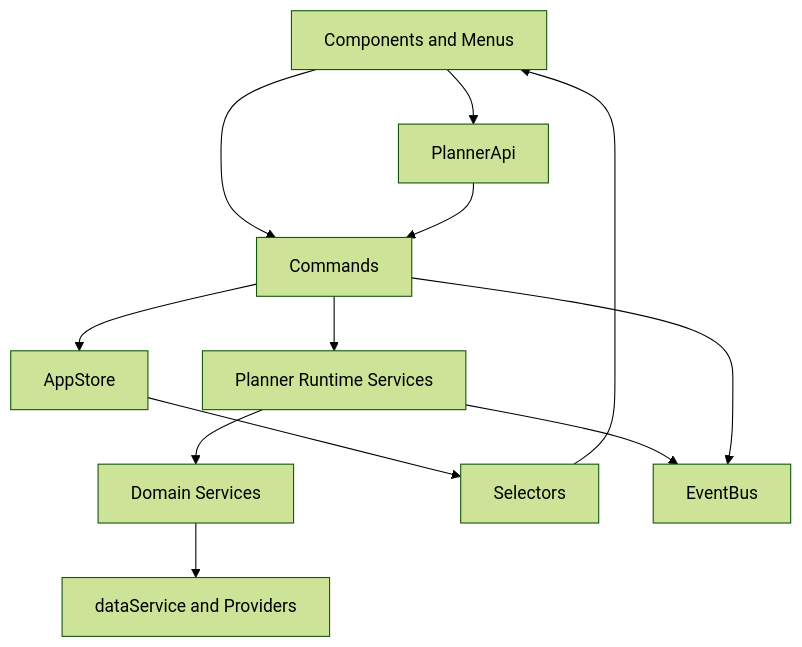
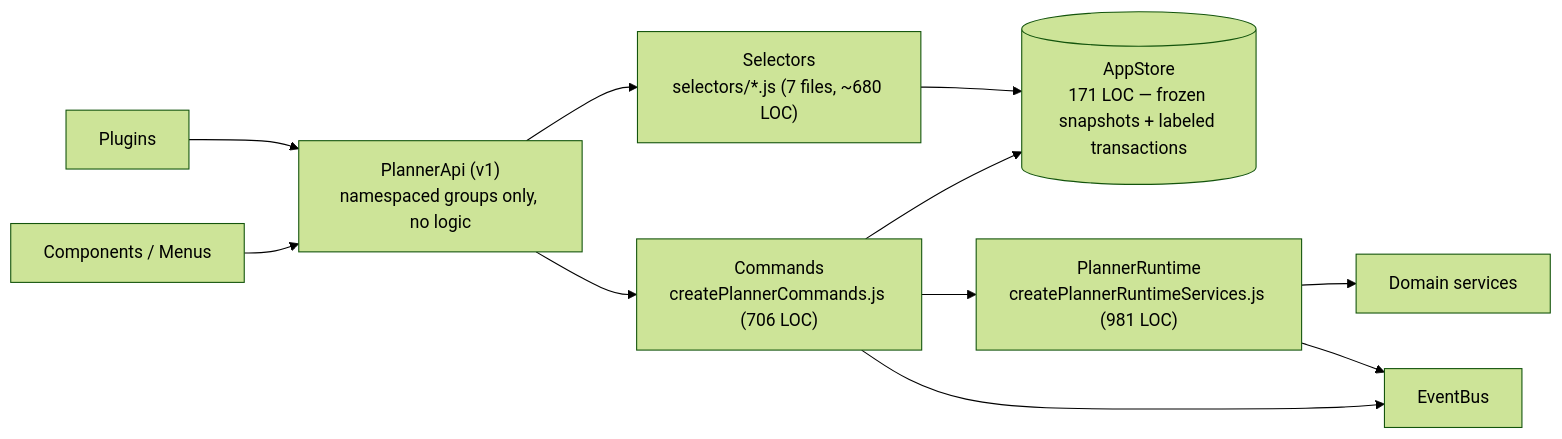
The second of 6 diagrams in docs/ARCHITECTURE.md (kpoppel/PlannerTool), drawn with Mermaid (forest theme) before and after one commit. The commit also changed other lines of this file and 56 other files, not shown here.

````diff
--- a/docs/ARCHITECTURE.md
+++ b/docs/ARCHITECTURE.md
@@ -60,14 +147,13 @@
 ```mermaid
-flowchart TD
-	UI[Components and Menus] --> API[PlannerApi]
-	UI --> CMD[Commands]
-	API --> CMD
-	CMD --> STORE[AppStore]
-	CMD --> RT[Planner Runtime Services]
-	RT --> SVC[Domain Services]
-	SVC --> DATA[dataService and Providers]
-	STORE --> SEL[Selectors]
-	SEL --> UI
-	RT --> BUS[EventBus]
-	CMD --> BUS
+flowchart LR
+    UI[Components / Menus] --> API["PlannerApi (v1)<br/>namespaced groups only, no logic"]
+    PLUG[Plugins] --> API
+    API --> CMD["Commands<br/>createPlannerCommands.js (706 LOC)"]
+    API --> SEL["Selectors<br/>selectors/*.js (7 files, ~680 LOC)"]
+    CMD --> STORE[("AppStore<br/>171 LOC — frozen snapshots + labeled transactions")]
+    SEL --> STORE
+    CMD --> RT["PlannerRuntime<br/>createPlannerRuntimeServices.js (981 LOC)"]
+    RT --> DOMSVC[Domain services]
+    CMD --> BUS[EventBus]
+    RT --> BUS
 ```
````
